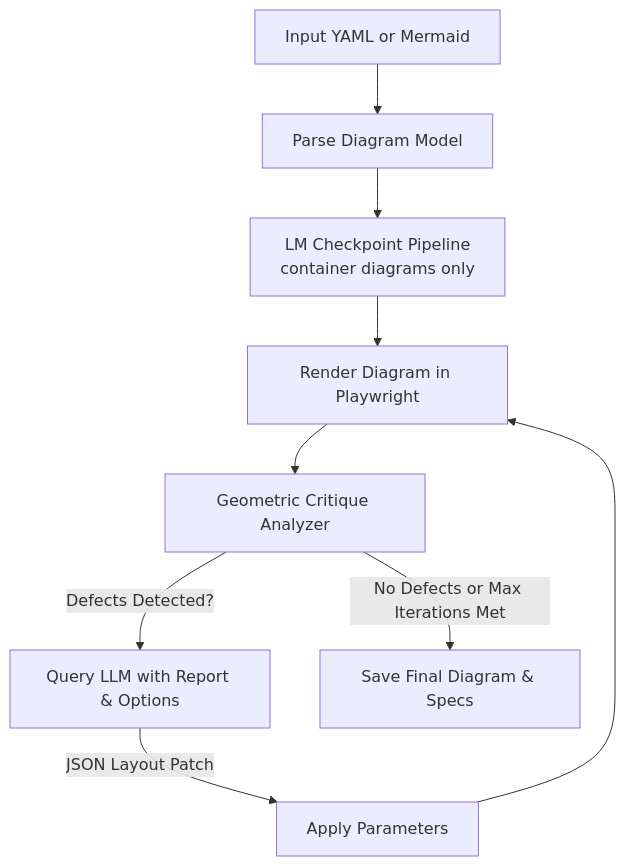
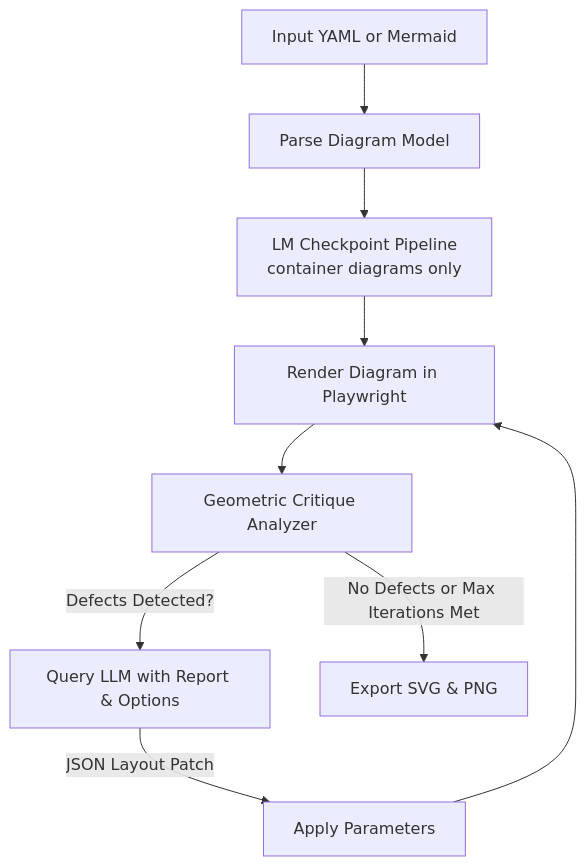
The diagram in README.md (cookie-bytes/nudge), drawn with Mermaid before and after one commit. The commit also changed other lines of this file and 2 other files, not shown here.

First line of the commit message:
docs: update README, CLAUDE.md and CONTRIBUTING for MCP dual-entry architecture

````diff
--- a/README.md
+++ b/README.md
@@ -23,11 +25,11 @@
 ```mermaid
 graph TD
     A[Input YAML or Mermaid] --> B[Parse Diagram Model]
     B --> C[LM Checkpoint Pipeline\ncontainer diagrams only]
     C --> D[Render Diagram in Playwright]
     D --> E[Geometric Critique Analyzer]
     E -->|Defects Detected?| F[Query LLM with Report & Options]
     F -->|JSON Layout Patch| G[Apply Parameters]
     G --> D
-    E -->|No Defects or Max Iterations Met| H[Save Final Diagram & Specs]
+    E -->|No Defects or Max Iterations Met| H[Export SVG & PNG]
 ```
````
